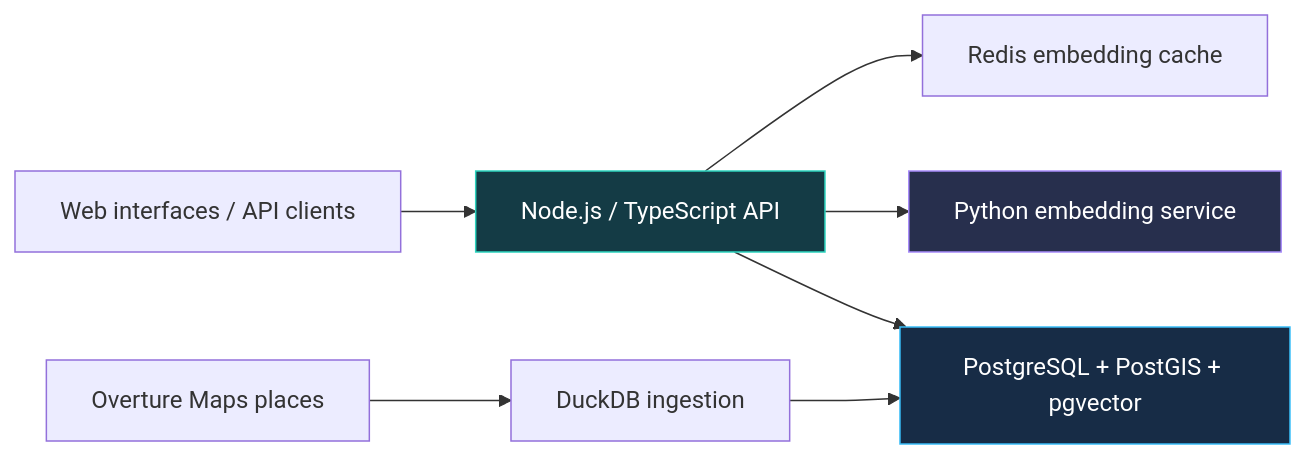
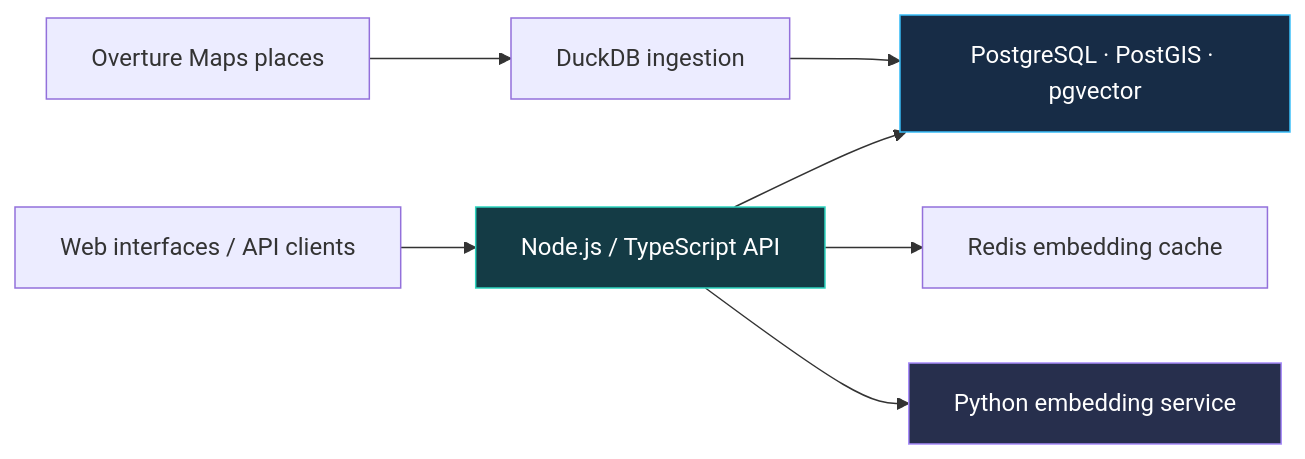
One commit to NaveenGali11/NaveenGali11 changed the diagram in README.md. Above: the diagram before and after it, drawn with Mermaid. The commit also changed other lines of this file, not shown here.

````diff
--- a/README.md
+++ b/README.md
@@ -120,12 +56,12 @@
 ```mermaid
 flowchart LR
+    Source["Overture Maps places"] --> Ingest["DuckDB ingestion"]
+    Ingest --> DB["PostgreSQL · PostGIS · pgvector"]
     Client["Web interfaces / API clients"] --> API["Node.js / TypeScript API"]
     API --> Cache["Redis embedding cache"]
-    API --> Embeddings["Python embedding service"]
-    API --> DB["PostgreSQL + PostGIS + pgvector"]
-    Source["Overture Maps places"] --> Ingest["DuckDB ingestion"]
-    Ingest --> DB
+    API --> Embed["Python embedding service"]
+    API --> DB
     style API fill:#143b45,stroke:#2dd4bf,color:#ffffff
     style DB fill:#172c46,stroke:#38bdf8,color:#ffffff
-    style Embeddings fill:#272f4d,stroke:#a78bfa,color:#ffffff
+    style Embed fill:#272f4d,stroke:#a78bfa,color:#ffffff
 ```
````
